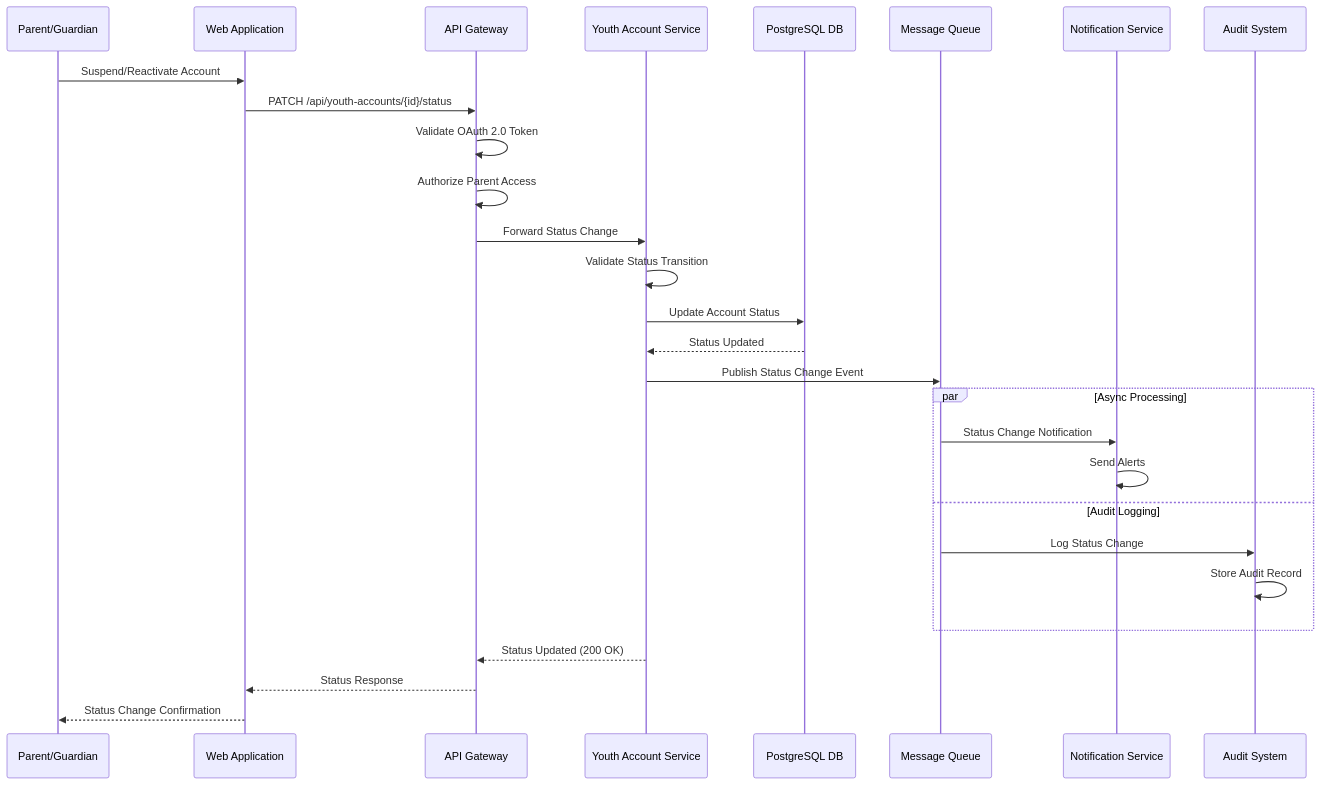
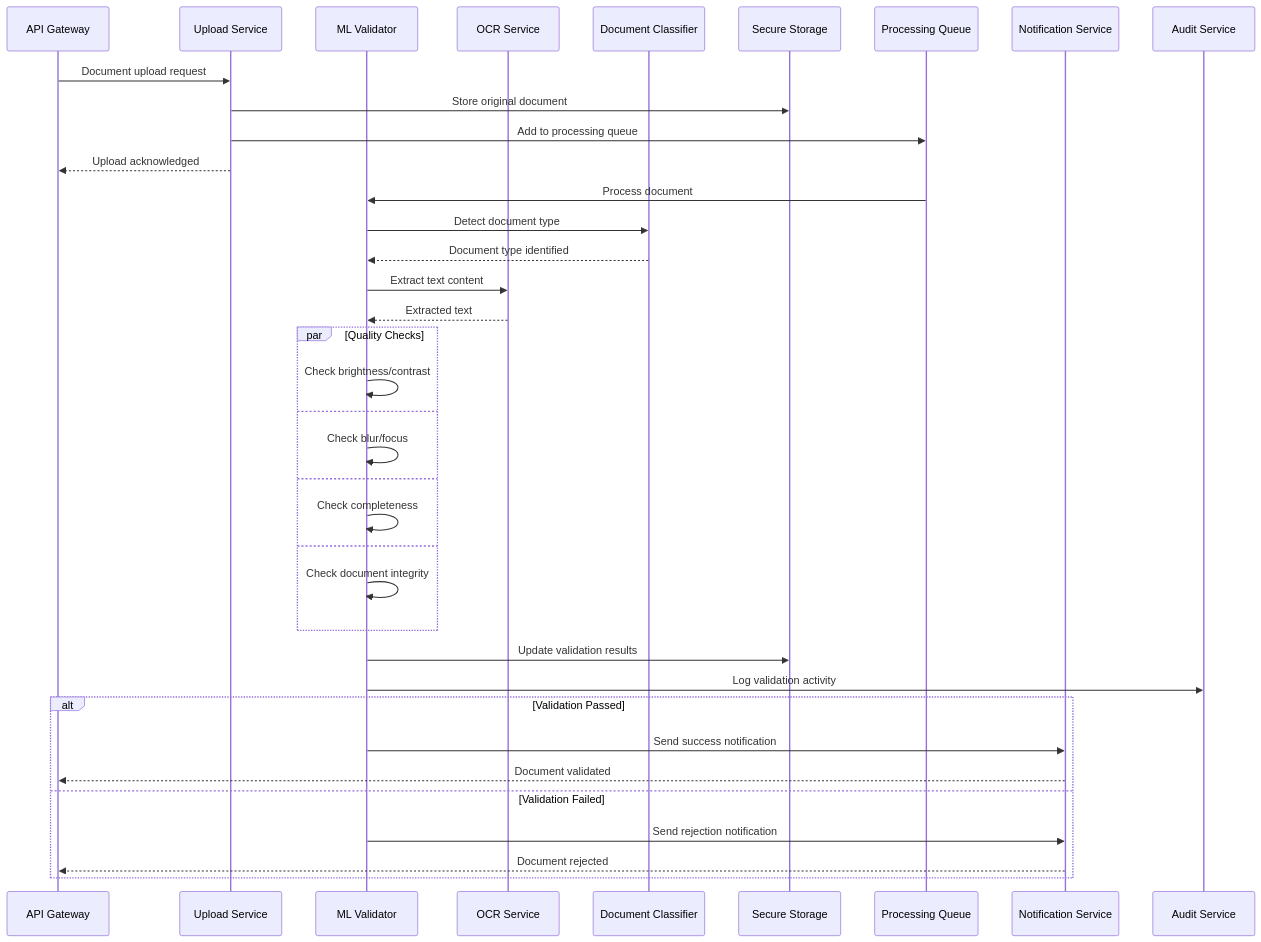
Before and after one commit to ThapaswiASC/SCIB-INCEPTION-PHASE-DEMO: the fourth of 7 diagrams in API Development/Components and Sequence Diagrams/sequence_diagram.md, drawn with Mermaid. The commit also changed other lines of this file and 1 other file, not shown here.

````diff
--- a/API Development/Components and Sequence Diagrams/sequence_diagram.md
+++ b/API Development/Components and Sequence Diagrams/sequence_diagram.md
@@ -224,35 +164,45 @@
 ```mermaid
 sequenceDiagram
-    participant Parent as Parent/Guardian
-    participant WebApp as Web Application
-    participant APIGateway as API Gateway
-    participant YouthService as Youth Account Service
-    participant Database as PostgreSQL DB
-    participant MessageQueue as Message Queue
-    participant NotificationService as Notification Service
-    participant AuditSystem as Audit System
+    participant API as API Gateway
+    participant Upload as Upload Service
+    participant Validator as ML Validator
+    participant OCR as OCR Service
+    participant Classifier as Document Classifier
+    participant Storage as Secure Storage
+    participant Queue as Processing Queue
+    participant Notification as Notification Service
+    participant Audit as Audit Service
     
-    Parent->>WebApp: Suspend/Reactivate Account
-    WebApp->>APIGateway: PATCH /api/youth-accounts/{id}/status
-    APIGateway->>APIGateway: Validate OAuth 2.0 Token
-    APIGateway->>APIGateway: Authorize Parent Access
-    APIGateway->>YouthService: Forward Status Change
+    API->>Upload: Document upload request
+    Upload->>Storage: Store original document
+    Upload->>Queue: Add to processing queue
+    Upload-->>API: Upload acknowledged
     
-    YouthService->>YouthService: Validate Status Transition
-    YouthService->>Database: Update Account Status
-    Database-->>YouthService: Status Updated
+    Queue->>Validator: Process document
+    Validator->>Classifier: Detect document type
+    Classifier-->>Validator: Document type identified
     
-    YouthService->>MessageQueue: Publish Status Change Event
+    Validator->>OCR: Extract text content
+    OCR-->>Validator: Extracted text
     
-    par Async Processing
-        MessageQueue->>NotificationService: Status Change Notification
-        NotificationService->>NotificationService: Send Alerts
-    and Audit Logging
-        MessageQueue->>AuditSystem: Log Status Change
-        AuditSystem->>AuditSystem: Store Audit Record
+    par Quality Checks
+        Validator->>Validator: Check brightness/contrast
+    and
+        Validator->>Validator: Check blur/focus
+    and
+        Validator->>Validator: Check completeness
+    and
+        Validator->>Validator: Check document integrity
     end
     
-    YouthService-->>APIGateway: Status Updated (200 OK)
-    APIGateway-->>WebApp: Status Response
-    WebApp-->>Parent: Status Change Confirmation
+    Validator->>Storage: Update validation results
+    Validator->>Audit: Log validation activity
+    
+    alt Validation Passed
+        Validator->>Notification: Send success notification
+        Notification-->>API: Document validated
+    else Validation Failed
+        Validator->>Notification: Send rejection notification
+        Notification-->>API: Document rejected
+    end
 ```
````
